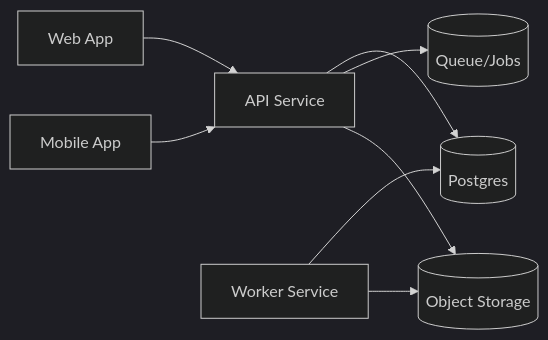
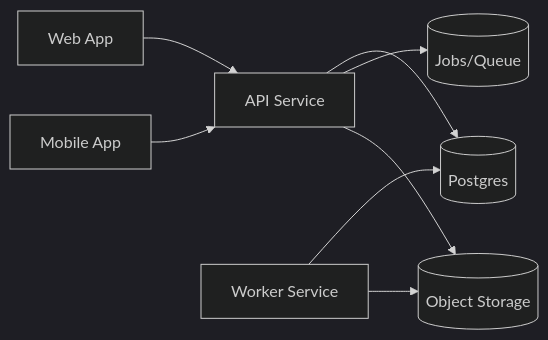
The diagram in README.md (rgoshen/chronoledger), drawn with Mermaid (dark theme) before and after one commit. The commit also changed other lines of this file, not shown here.

````diff
--- a/README.md
+++ b/README.md
@@ -53,10 +21,10 @@
 ```mermaid
 flowchart LR
   Web[Web App] --> API[API Service]
   Mobile[Mobile App] --> API
   API --> DB[(Postgres)]
-  API --> Q[(Queue/Jobs)]
+  API --> Q[(Jobs/Queue)]
   Worker[Worker Service] --> DB
   Worker --> S[(Object Storage)]
   API --> S
 ```
````
